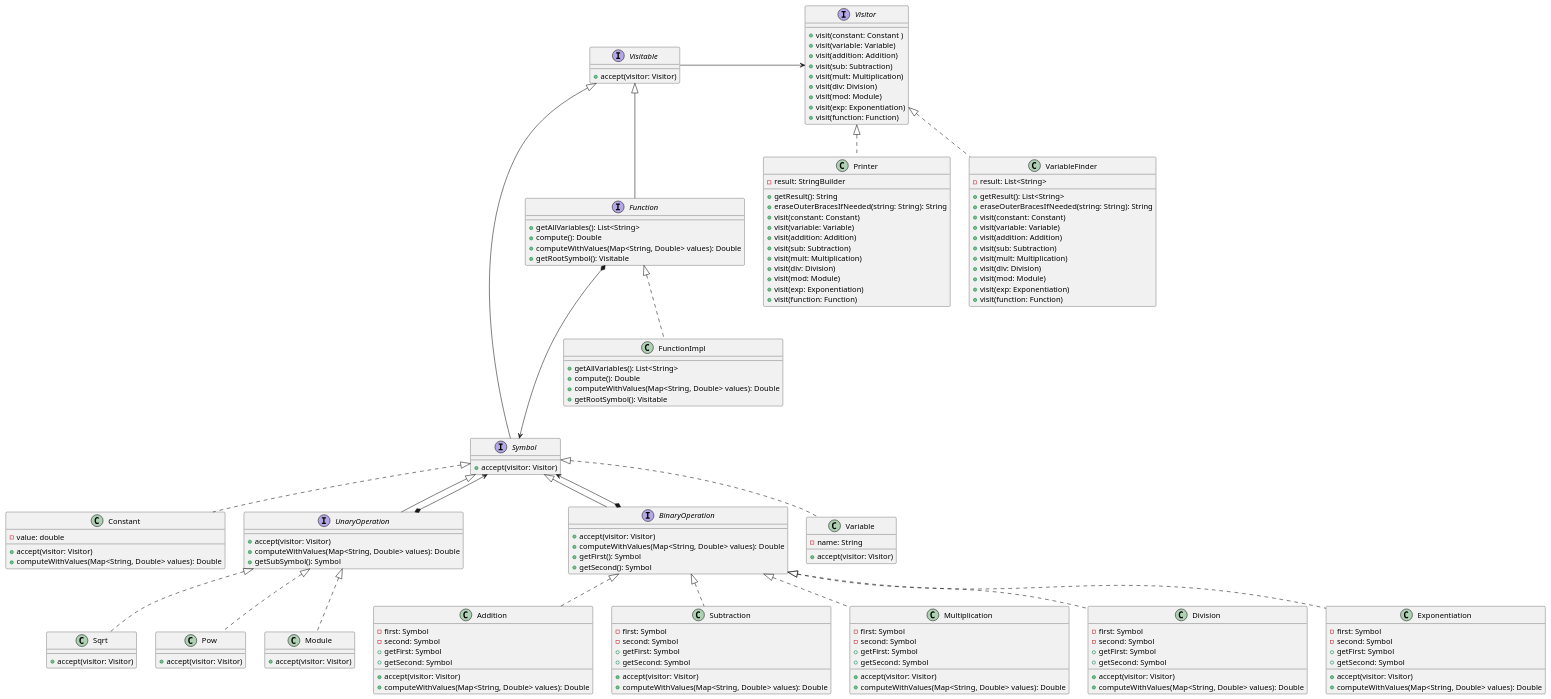
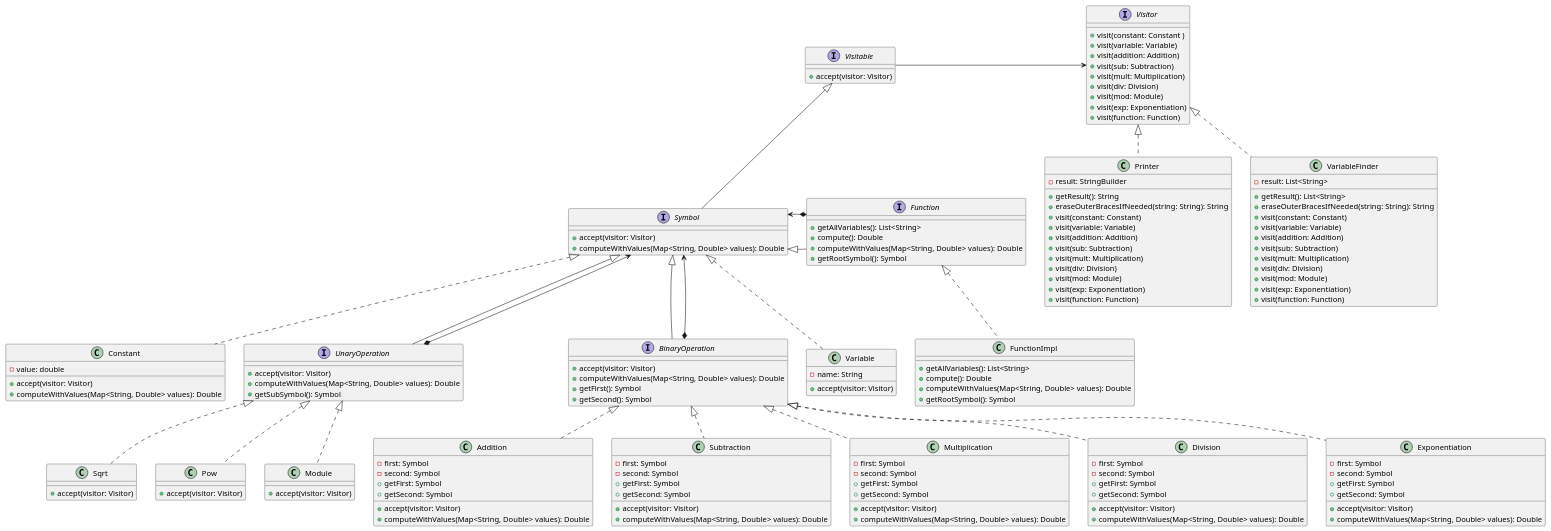
Before and after one commit to austral-ingsis-classroom/formula-TomRolB: the diagram in diagrams/Formula.puml, drawn with PlantUML. The commit also changed 2 other files, not shown here.

Commit message:
Minor fix to Function and diagram

```diff
--- a/diagrams/Formula.puml
+++ b/diagrams/Formula.puml
@@ -1,154 +1,155 @@
 @startuml
 'https://plantuml.com/class-diagram
 
 interface Visitable {
     + accept(visitor: Visitor)
 }
 
 interface Visitor {
     + visit(constant: Constant )
     + visit(variable: Variable)
     + visit(addition: Addition)
     + visit(sub: Subtraction)
     + visit(mult: Multiplication)
     + visit(div: Division)
     + visit(mod: Module)
     + visit(exp: Exponentiation)
     + visit(function: Function)
 }
 
 interface Symbol extends Visitable {
     + accept(visitor: Visitor)
+    + computeWithValues(Map<String, Double> values): Double
 }
 
 class Constant implements Symbol {
     - value: double
     + accept(visitor: Visitor)
     + computeWithValues(Map<String, Double> values): Double
 }
 
 interface UnaryOperation extends Symbol {
     + accept(visitor: Visitor)
     + computeWithValues(Map<String, Double> values): Double
     + getSubSymbol(): Symbol
 }
 
 class Sqrt implements UnaryOperation {
     + accept(visitor: Visitor)
 }
 
 class Pow implements UnaryOperation {
     + accept(visitor: Visitor)
 }
 
 class Module implements UnaryOperation {
     + accept(visitor: Visitor)
 }
 
 interface BinaryOperation extends Symbol {
     + accept(visitor: Visitor)
     + computeWithValues(Map<String, Double> values): Double
     + getFirst(): Symbol
     + getSecond(): Symbol
 }
 
 class Addition implements BinaryOperation {
     - first: Symbol
     - second: Symbol
     + getFirst: Symbol
     + getSecond: Symbol
     + accept(visitor: Visitor)
     + computeWithValues(Map<String, Double> values): Double
 }
 
 class Subtraction implements BinaryOperation {
     - first: Symbol
     - second: Symbol
     + getFirst: Symbol
     + getSecond: Symbol
     + accept(visitor: Visitor)
     + computeWithValues(Map<String, Double> values): Double
 }
 
 class Multiplication implements BinaryOperation {
     - first: Symbol
     - second: Symbol
     + getFirst: Symbol
     + getSecond: Symbol
     + accept(visitor: Visitor)
     + computeWithValues(Map<String, Double> values): Double
 }
 
 class Division implements BinaryOperation {
     - first: Symbol
     - second: Symbol
     + getFirst: Symbol
     + getSecond: Symbol
     + accept(visitor: Visitor)
     + computeWithValues(Map<String, Double> values): Double
 }
 
 class Exponentiation implements BinaryOperation {
     - first: Symbol
     - second: Symbol
     + getFirst: Symbol
     + getSecond: Symbol
     + accept(visitor: Visitor)
     + computeWithValues(Map<String, Double> values): Double
 }
 
 class Variable implements Symbol {
     - name: String
     + accept(visitor: Visitor)
 }
 
-interface Function extends Visitable {
+interface Function extends Symbol {
     + getAllVariables(): List<String>
     + compute(): Double
     + computeWithValues(Map<String, Double> values): Double
-    + getRootSymbol(): Visitable
+    + getRootSymbol(): Symbol
 }
 
 class FunctionImpl implements Function {
     + getAllVariables(): List<String>
     + compute(): Double
     + computeWithValues(Map<String, Double> values): Double
-    + getRootSymbol(): Visitable
+    + getRootSymbol(): Symbol
 }
 
 class Printer implements Visitor {
     - result: StringBuilder
     + getResult(): String
     + eraseOuterBracesIfNeeded(string: String): String
     + visit(constant: Constant)
     + visit(variable: Variable)
     + visit(addition: Addition)
     + visit(sub: Subtraction)
     + visit(mult: Multiplication)
     + visit(div: Division)
     + visit(mod: Module)
     + visit(exp: Exponentiation)
     + visit(function: Function)
 }
 
 class VariableFinder implements Visitor {
     - result: List<String>
     + getResult(): List<String>
     + eraseOuterBracesIfNeeded(string: String): String
     + visit(constant: Constant)
     + visit(variable: Variable)
     + visit(addition: Addition)
     + visit(sub: Subtraction)
     + visit(mult: Multiplication)
     + visit(div: Division)
     + visit(mod: Module)
     + visit(exp: Exponentiation)
     + visit(function: Function)
 }
 
-Function *---> Symbol
+Function *-> Symbol
 UnaryOperation *--> Symbol
 BinaryOperation *--> Symbol
 Visitable -> Visitor
 
 @enduml
```
